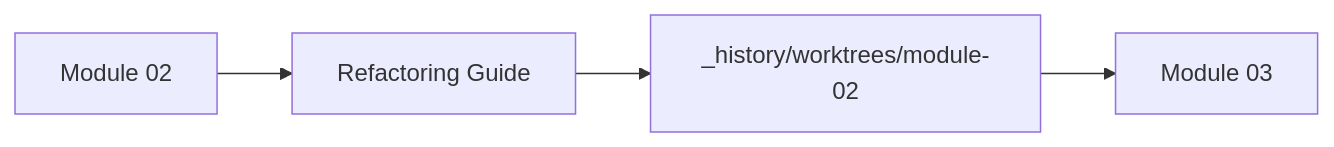
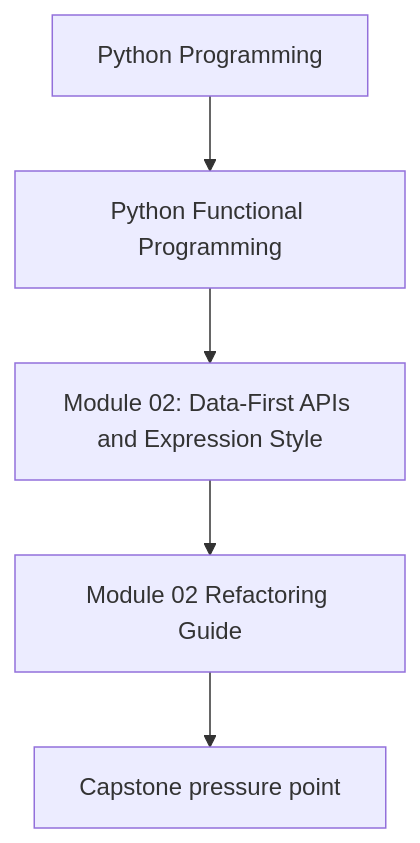
Before and after one commit to bijux/bijux-masterclass: the first of 2 diagrams in programs/python-programming/python-functional-programming/course-book/module-02-data-first-apis-and-expression-style/refactoring-guide.md, drawn with Mermaid. The commit also changed other lines of this file and 118 other files, not shown here.

Commit message:
docs(python-functional-programming): align concept page diagrams

````diff
--- a/programs/python-programming/python-functional-programming/course-book/module-02-data-first-apis-and-expression-style/refactoring-guide.md
+++ b/programs/python-programming/python-functional-programming/course-book/module-02-data-first-apis-and-expression-style/refactoring-guide.md
@@ -7,6 +7,7 @@
 ```mermaid
-graph LR
-  module["Module 02"] --> guide["Refactoring Guide"]
-  guide --> worktree["_history/worktrees/module-02"]
-  worktree --> next["Module 03"]
+flowchart TD
+  family["Python Programming"] --> program["Python Functional Programming"]
+  program --> module["Module 02: Data-First APIs and Expression Style"]
+  module --> concept["Module 02 Refactoring Guide"]
+  concept --> capstone["Capstone pressure point"]
 ```
````
